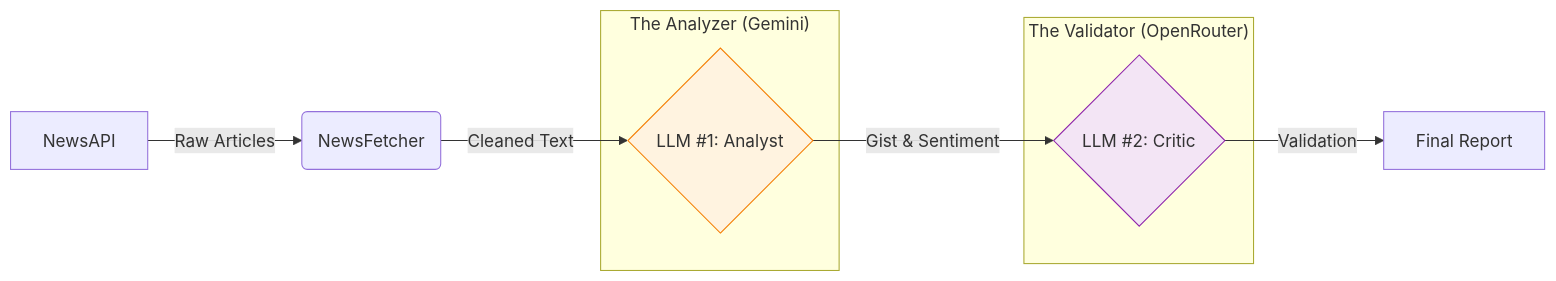
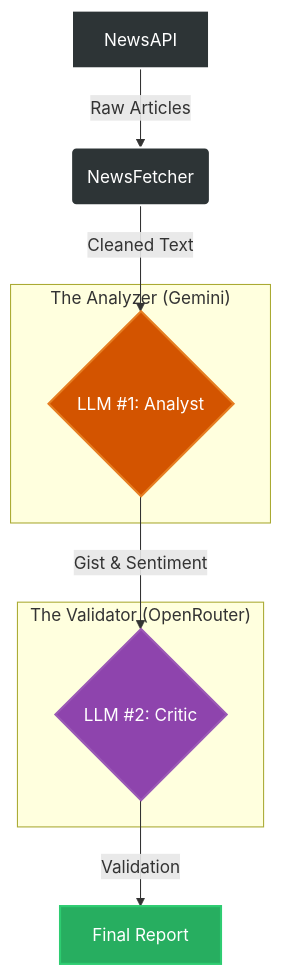
Before and after one commit to AmitS1009/NewsTruth-AI-Powered-News-Analysis-Validation-Pipeline: the diagram in README.md, drawn with Mermaid. The commit also changed other lines of this file, not shown here.

````diff
--- a/README.md
+++ b/README.md
@@ -18,18 +19,22 @@
 ```mermaid
-graph LR
+graph TD
     A[NewsAPI] -->|Raw Articles| B(NewsFetcher)
     B -->|Cleaned Text| C{LLM #1: Analyst}
     C -->|Gist & Sentiment| D{LLM #2: Critic}
     D -->|Validation| E[Final Report]
     
     subgraph "The Analyzer (Gemini)"
     C
     end
     
     subgraph "The Validator (OpenRouter)"
     D
     end
 
-    style C fill:#fff3e0,stroke:#f57c00
-    style D fill:#f3e5f5,stroke:#8e24aa
+    %% High contrast styling
+    style A fill:#2d3436,stroke:#fff,stroke-width:2px,color:#fff
+    style B fill:#2d3436,stroke:#fff,stroke-width:2px,color:#fff
+    style C fill:#d35400,stroke:#e67e22,stroke-width:2px,color:#fff
+    style D fill:#8e44ad,stroke:#9b59b6,stroke-width:2px,color:#fff
+    style E fill:#27ae60,stroke:#2ecc71,stroke-width:2px,color:#fff
 ```
````
